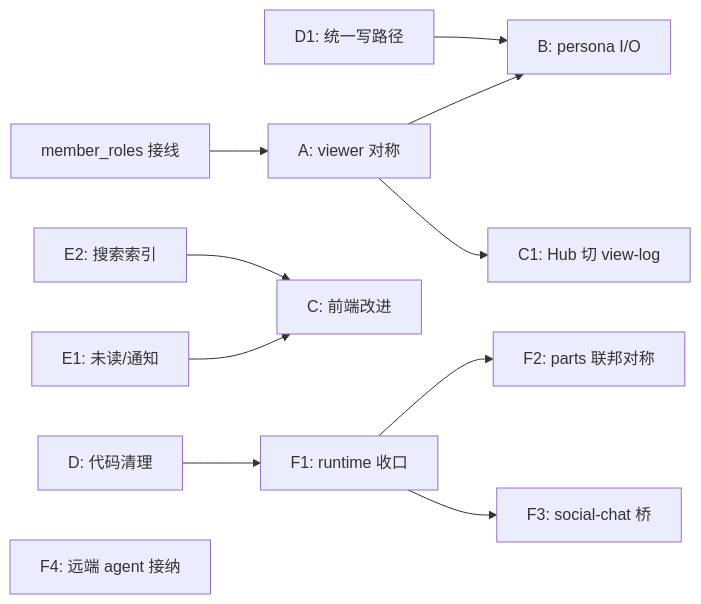
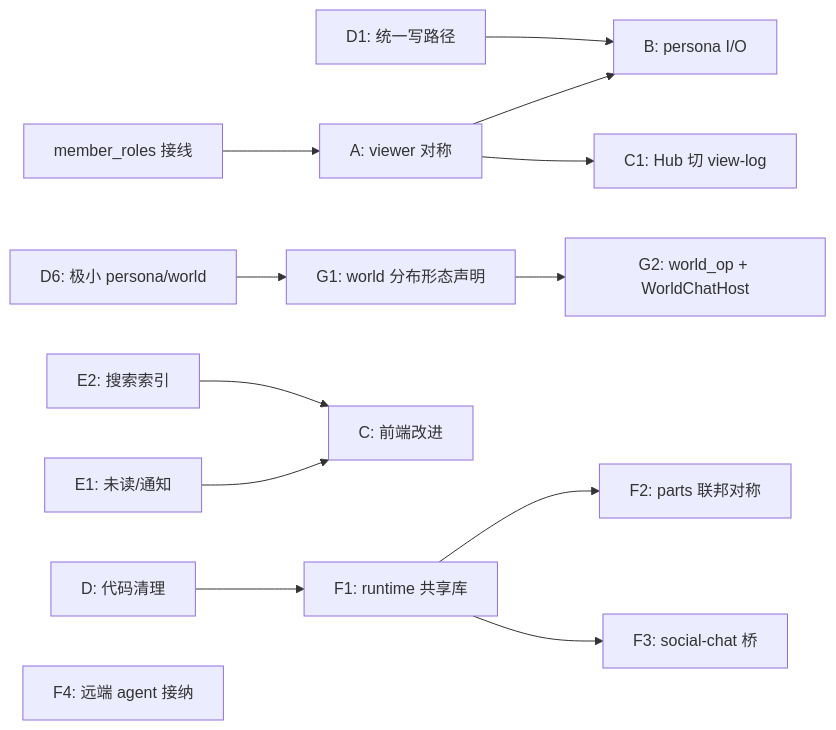
The diagram in docs/design/chat-social-dev-plan.md (steve02081504/fount), drawn with Mermaid before and after one commit. The commit also changed other lines of this file and 30 other files, not shown here.

````diff
--- a/docs/design/chat-social-dev-plan.md
+++ b/docs/design/chat-social-dev-plan.md
@@ -284,13 +354,15 @@
 ```mermaid
 graph LR
 	A4[member_roles 接线] --> A[A: viewer 对称]
 	A --> B[B: persona I/O]
 	D1[D1: 统一写路径] --> B
 	A --> C1[C1: Hub 切 view-log]
+	D6[D6: 极小 persona/world] --> G1[G1: world 分布形态声明]
 	E1[E1: 未读/通知] --> C[C: 前端改进]
 	E2[E2: 搜索索引] --> C
-	D[D: 代码清理] --> F1[F1: runtime 收口]
+	G1 --> G2[G2: world_op + WorldChatHost]
+	D[D: 代码清理] --> F1[F1: runtime 共享库]
 	F1 --> F2[F2: parts 联邦对称]
 	F1 --> F3[F3: social-chat 桥]
 	F4[F4: 远端 agent 接纳]
 ```
````
